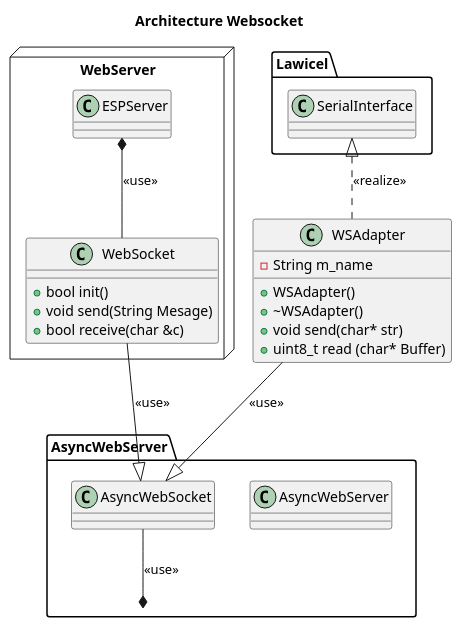
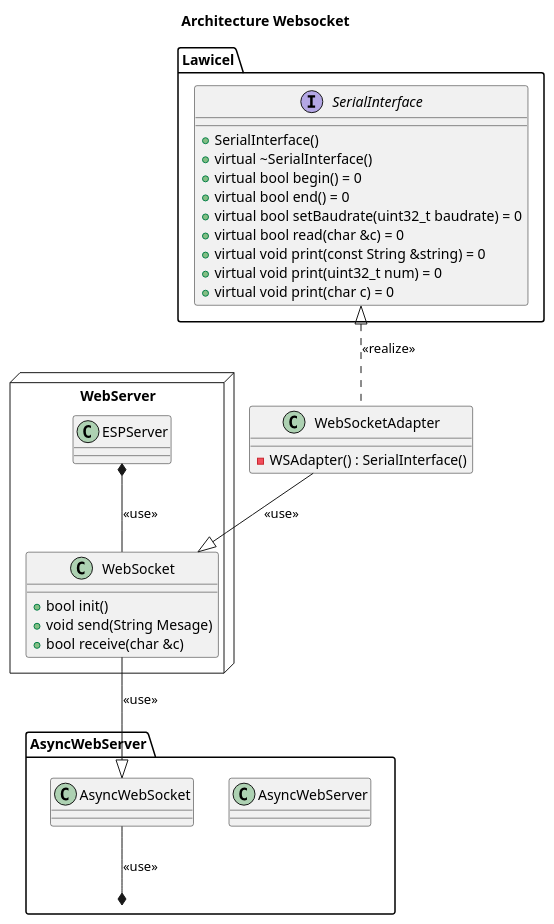
One commit to NewTec-GmbH/esp32-can-iot changed the diagram in Coding/fw/doc/design/Architecture_Websocket.plantuml. Above: the diagram before and after it, drawn with PlantUML.

Commit message:
Updated Websocket Diagram

```diff
--- a/Coding/fw/doc/design/Architecture_Websocket.plantuml
+++ b/Coding/fw/doc/design/Architecture_Websocket.plantuml
@@ -1,38 +1,44 @@
 @startuml
 title Architecture Websocket
 
 package Lawicel <<folder>>{
-    Class SerialInterface
+    Interface SerialInterface{
+        +SerialInterface()
+        +virtual ~SerialInterface()
+        +virtual bool begin() = 0
+        +virtual bool end() = 0
+        +virtual bool setBaudrate(uint32_t baudrate) = 0
+        +virtual bool read(char &c) = 0
+        +virtual void print(const String &string) = 0
+        +virtual void print(uint32_t num) = 0
+        +virtual void print(char c) = 0
+    }
 }
 
-Class WSAdapter{
-    -String m_name
-    +WSAdapter()
-    +~WSAdapter()
-    +void send(char* str)
-    +uint8_t read (char* Buffer)
+Class WebSocketAdapter{
+    -WSAdapter() : SerialInterface()
 }
 
-SerialInterface <|.down. WSAdapter : <<realize>>
+SerialInterface <|.down. WebSocketAdapter : <<realize>>
 
 package AsyncWebServer <<folder>>{
     class AsyncWebServer
     class AsyncWebSocket
 }
 
 package WebServer <<node>>{
     Class ESPServer
     Class WebSocket{
         +bool init()
         +void send(String Mesage)
         +bool receive(char &c)
     }
 
     ESPServer 	*-- WebSocket : <<use>>
 }
 
 AsyncWebSocket --* AsyncWebServer : <<use>>
 WebSocket --|> AsyncWebSocket : <<use>>
-WSAdapter --|> AsyncWebSocket : <<use>>
+WebSocketAdapter --|> WebSocket : <<use>>
 
 @enduml
```
